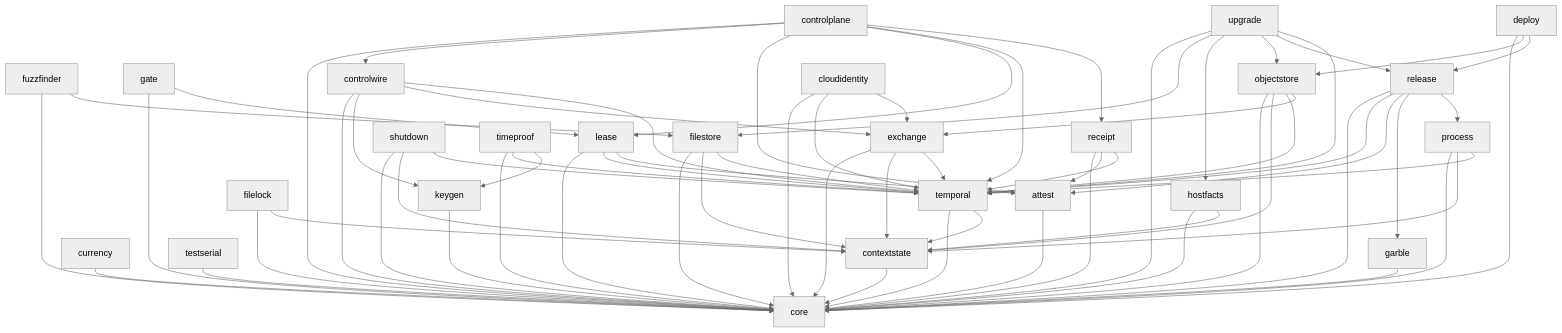
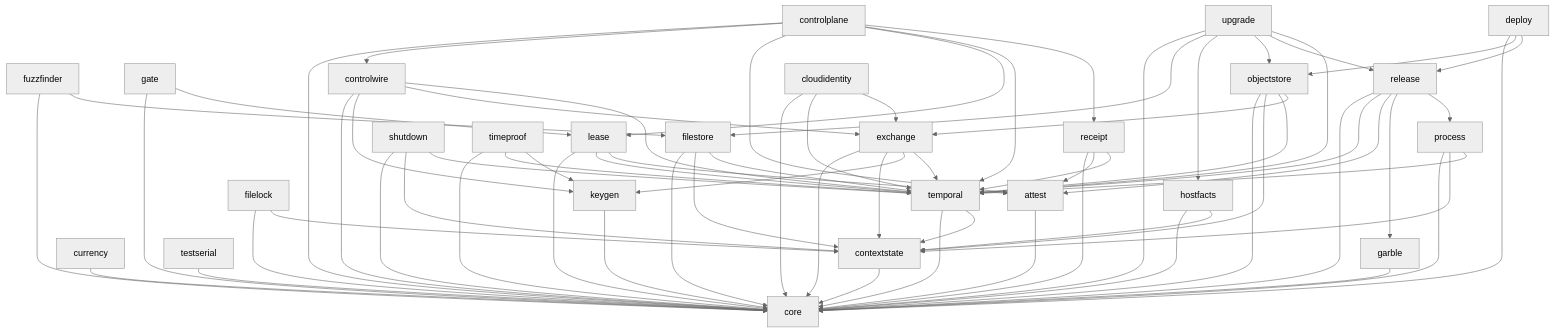
Before and after one commit to deliri/primitive: the diagram in README.md, drawn with Mermaid (neutral theme). The commit also changed 96 other files, not shown here.

````diff
--- a/README.md
+++ b/README.md
@@ -26,78 +26,79 @@
 ```mermaid
 flowchart TD
     core[core]
 
     attest[attest] --> core
     contextstate[contextstate] --> core
     currency[currency] --> core
     garble[garble] --> core
     keygen[keygen] --> core
     testserial[testserial] --> core
 
     filelock[filelock] --> core
     filelock --> contextstate
     filestore[filestore] --> core
     filestore --> contextstate
     filestore --> temporal
     hostfacts[hostfacts] --> core
     hostfacts --> contextstate
     temporal[temporal] --> core
     temporal --> contextstate
 
     exchange[exchange] --> core
     exchange --> contextstate
+    exchange --> keygen
     exchange --> temporal
     fuzzfinder[fuzzfinder] --> core
     fuzzfinder --> filestore
     lease[lease] --> core
     lease --> temporal
     lease --> attest
     gate[gate] --> core
     gate --> lease
     receipt[receipt] --> core
     receipt --> attest
     receipt --> temporal
     controlwire[controlwire] --> core
     controlwire --> keygen
     controlwire --> exchange
     controlwire --> temporal
     controlplane[controlplane] --> core
     controlplane --> controlwire
     controlplane --> attest
     controlplane --> lease
     controlplane --> temporal
     controlplane --> receipt
     process[process] --> core
     process --> contextstate
     process --> temporal
     release[release] --> core
     release --> temporal
     release --> attest
     release --> garble
     release --> process
     shutdown[shutdown] --> core
     shutdown --> contextstate
     shutdown --> temporal
 
     objectstore[objectstore] --> core
     objectstore --> contextstate
     objectstore --> temporal
     objectstore --> exchange
     timeproof[timeproof] --> core
     timeproof --> temporal
     timeproof --> keygen
     cloudidentity[cloudidentity] --> core
     cloudidentity --> temporal
     cloudidentity --> exchange
 
     deploy[deploy] --> core
     deploy --> objectstore
     deploy --> release
 
     upgrade[upgrade] --> core
     upgrade --> filestore
     upgrade --> hostfacts
     upgrade --> objectstore
     upgrade --> release
     upgrade --> temporal
 ```
````
